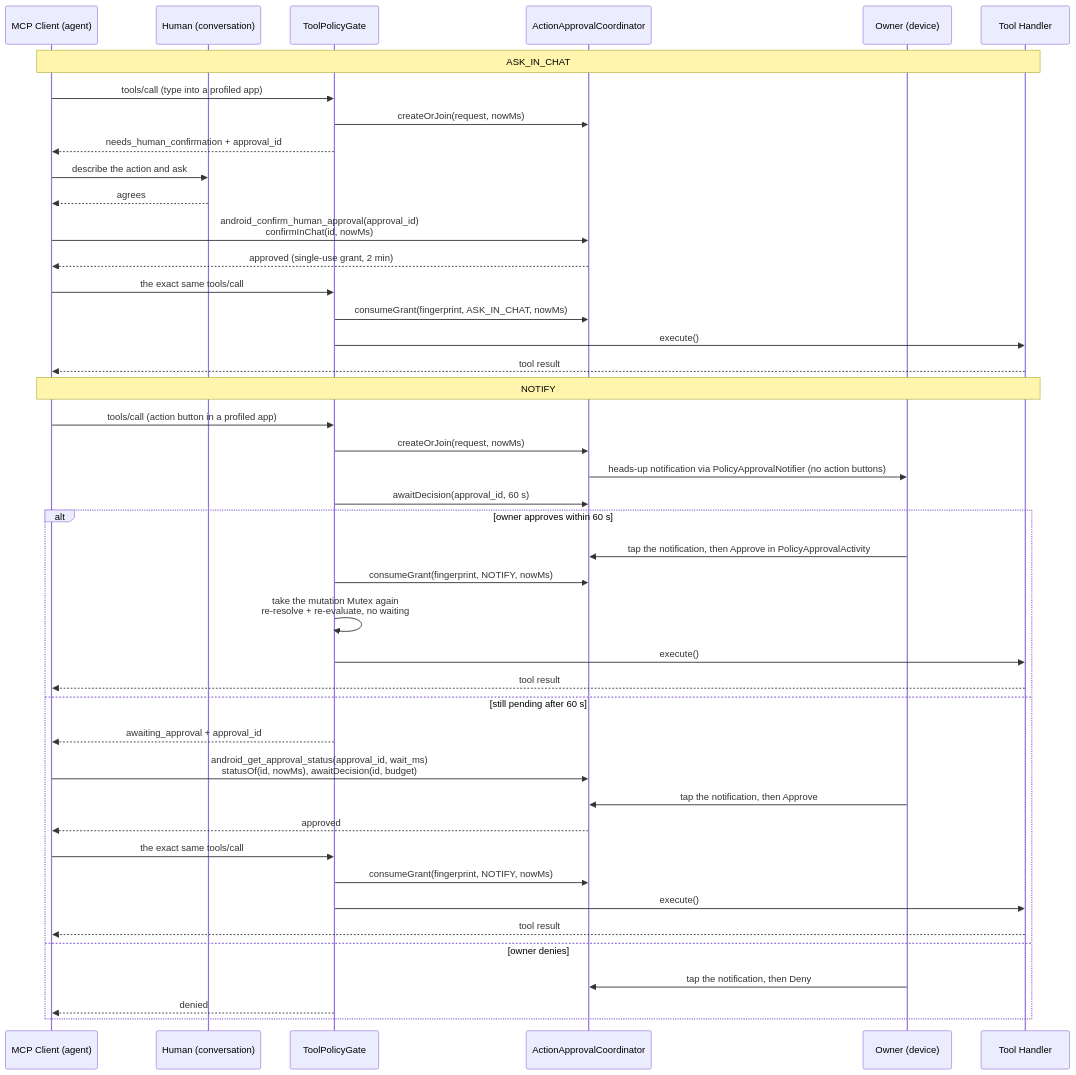
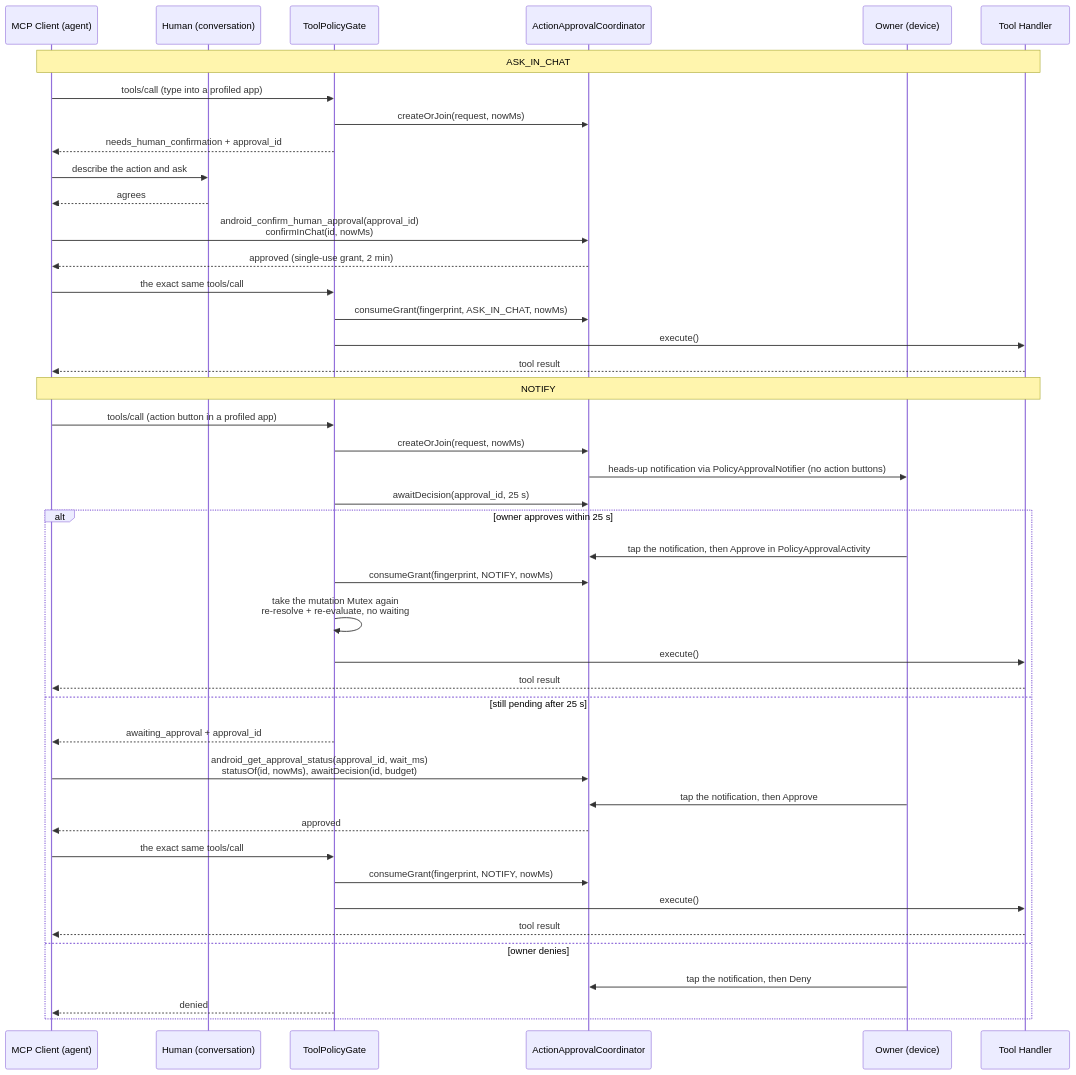
The fourth of 7 diagrams in docs/ARCHITECTURE.md (mlandolfi90/Lucky-Tool-Android), drawn with Mermaid before and after one commit. The commit also changed other lines of this file and 5 other files, not shown here.

````diff
--- a/docs/ARCHITECTURE.md
+++ b/docs/ARCHITECTURE.md
@@ -287,47 +287,47 @@
 ```mermaid
 sequenceDiagram
     participant A as MCP Client (agent)
     participant H as Human (conversation)
     participant G as ToolPolicyGate
     participant C as ActionApprovalCoordinator
     participant O as Owner (device)
     participant T as Tool Handler
 
     Note over A,T: ASK_IN_CHAT
     A->>G: tools/call (type into a profiled app)
     G->>C: createOrJoin(request, nowMs)
     G-->>A: needs_human_confirmation + approval_id
     A->>H: describe the action and ask
     H-->>A: agrees
     A->>C: android_confirm_human_approval(approval_id)<br/>confirmInChat(id, nowMs)
     C-->>A: approved (single-use grant, 2 min)
     A->>G: the exact same tools/call
     G->>C: consumeGrant(fingerprint, ASK_IN_CHAT, nowMs)
     G->>T: execute()
     T-->>A: tool result
 
     Note over A,T: NOTIFY
     A->>G: tools/call (action button in a profiled app)
     G->>C: createOrJoin(request, nowMs)
     C->>O: heads-up notification via PolicyApprovalNotifier (no action buttons)
-    G->>C: awaitDecision(approval_id, 60 s)
-    alt owner approves within 60 s
+    G->>C: awaitDecision(approval_id, 25 s)
+    alt owner approves within 25 s
         O->>C: tap the notification, then Approve in PolicyApprovalActivity
         G->>C: consumeGrant(fingerprint, NOTIFY, nowMs)
         G->>G: take the mutation Mutex again<br/>re-resolve + re-evaluate, no waiting
         G->>T: execute()
         T-->>A: tool result
-    else still pending after 60 s
+    else still pending after 25 s
         G-->>A: awaiting_approval + approval_id
         A->>C: android_get_approval_status(approval_id, wait_ms)<br/>statusOf(id, nowMs), awaitDecision(id, budget)
         O->>C: tap the notification, then Approve
         C-->>A: approved
         A->>G: the exact same tools/call
         G->>C: consumeGrant(fingerprint, NOTIFY, nowMs)
         G->>T: execute()
         T-->>A: tool result
     else owner denies
         O->>C: tap the notification, then Deny
         G-->>A: denied
     end
 ```
````
